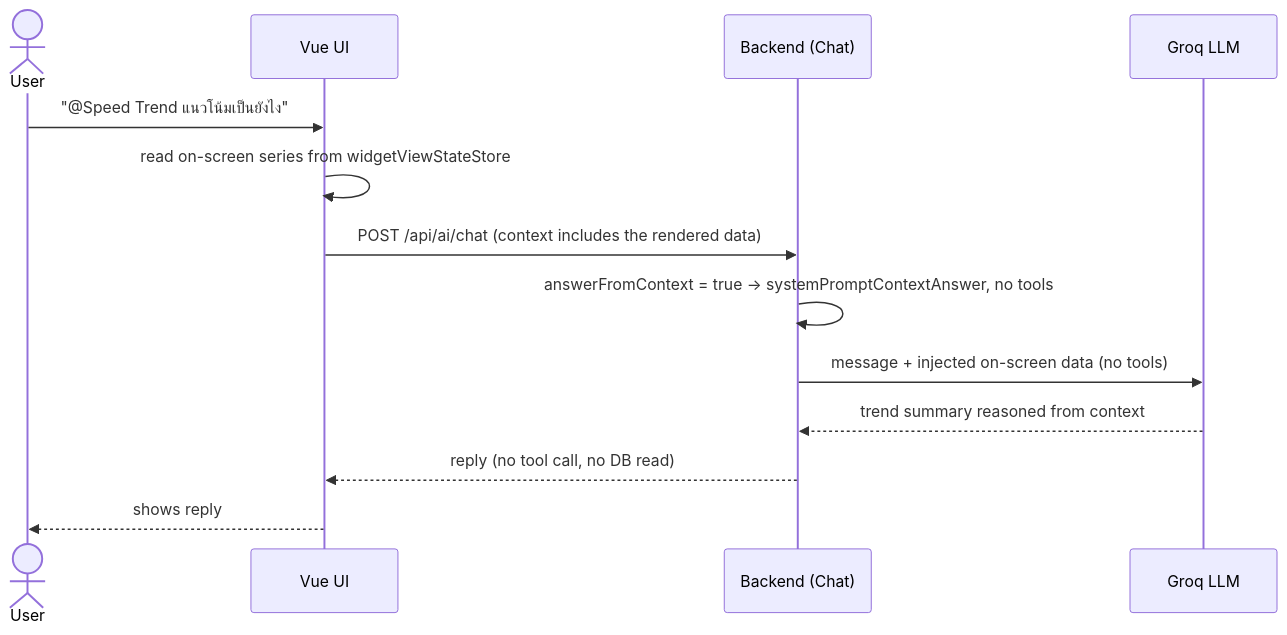
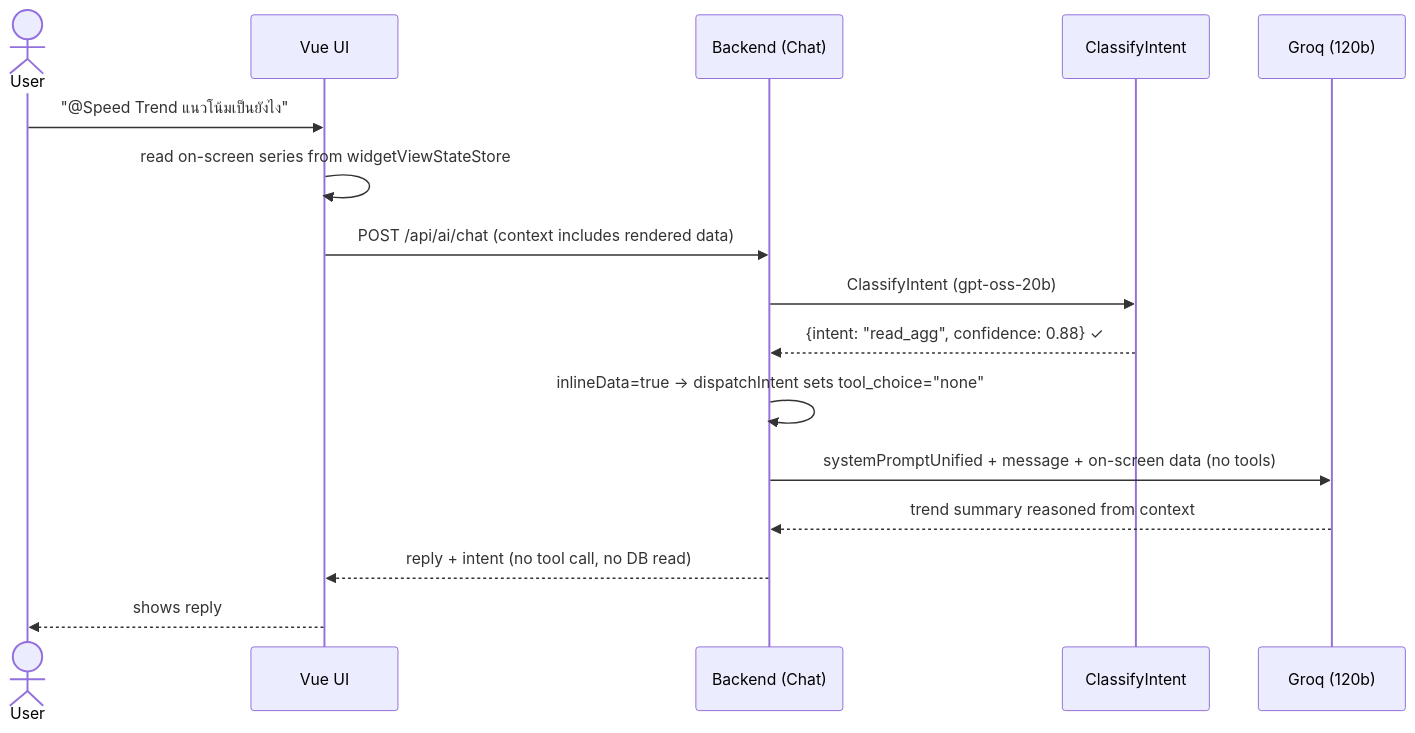
Before and after one commit to pepegummo/Project-Dashboard: the sixth of 6 diagrams in docs/AI_ARCHITECTURE.md, drawn with Mermaid. The commit also changed other lines of this file and 1 other file, not shown here.

First line of the commit message:
docs(ai): update for shipped router architecture (Phase 2-5)

````diff
--- a/docs/AI_ARCHITECTURE.md
+++ b/docs/AI_ARCHITECTURE.md
@@ -405,16 +412,19 @@
 ```mermaid
 sequenceDiagram
     actor User
     participant UI as Vue UI
     participant BE as Backend (Chat)
-    participant LLM as Groq LLM
+    participant Router as ClassifyIntent
+    participant LLM as Groq (120b)
 
     User->>UI: "@Speed Trend แนวโน้มเป็นยังไง"
     UI->>UI: read on-screen series from widgetViewStateStore
-    UI->>BE: POST /api/ai/chat (context includes the rendered data)
-    BE->>BE: answerFromContext = true → systemPromptContextAnswer, no tools
-    BE->>LLM: message + injected on-screen data (no tools)
+    UI->>BE: POST /api/ai/chat (context includes rendered data)
+    BE->>Router: ClassifyIntent (gpt-oss-20b)
+    Router-->>BE: {intent: "read_agg", confidence: 0.88} ✓
+    BE->>BE: inlineData=true → dispatchIntent sets tool_choice="none"
+    BE->>LLM: systemPromptUnified + message + on-screen data (no tools)
     LLM-->>BE: trend summary reasoned from context
-    BE-->>UI: reply (no tool call, no DB read)
+    BE-->>UI: reply + intent (no tool call, no DB read)
     UI-->>User: shows reply
 ```
````
